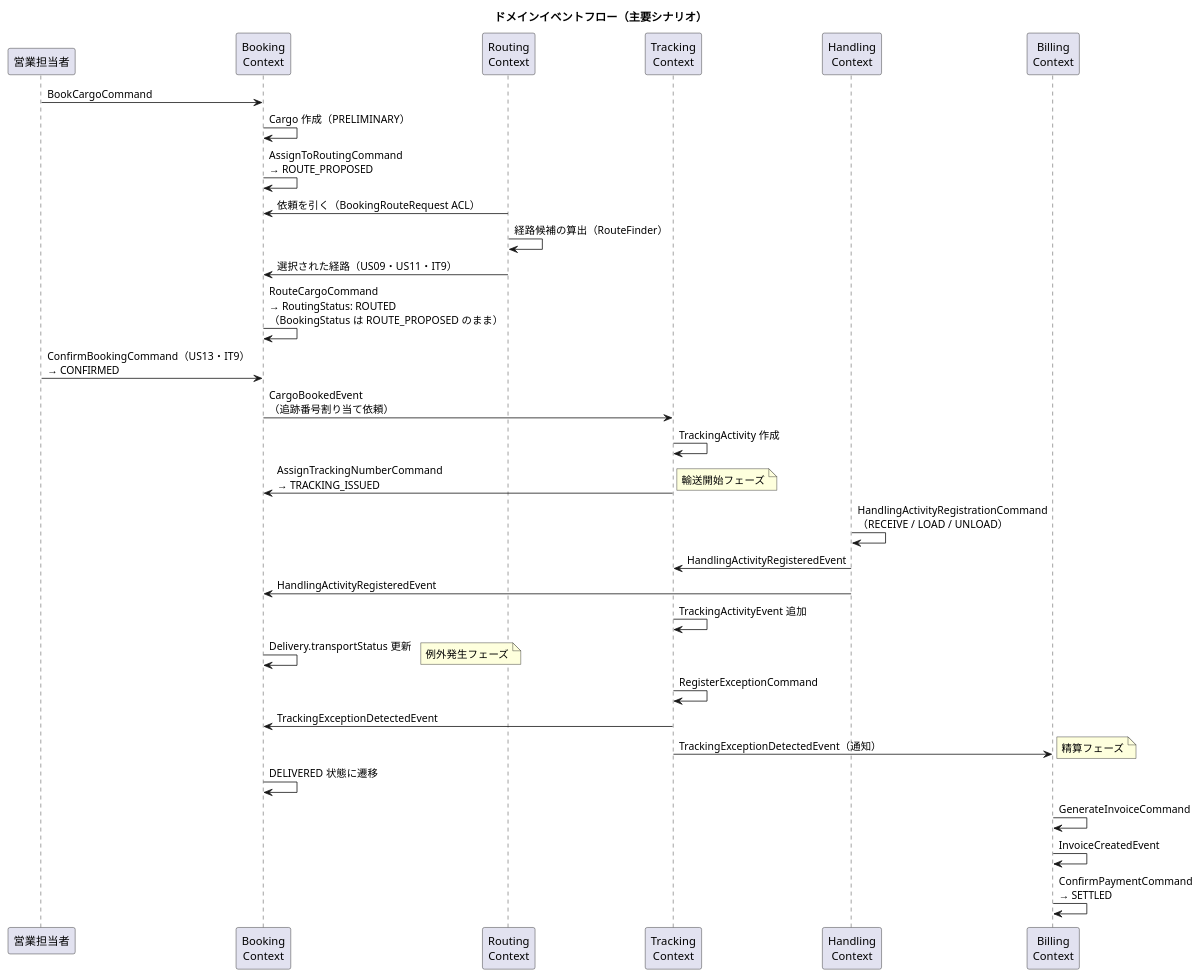
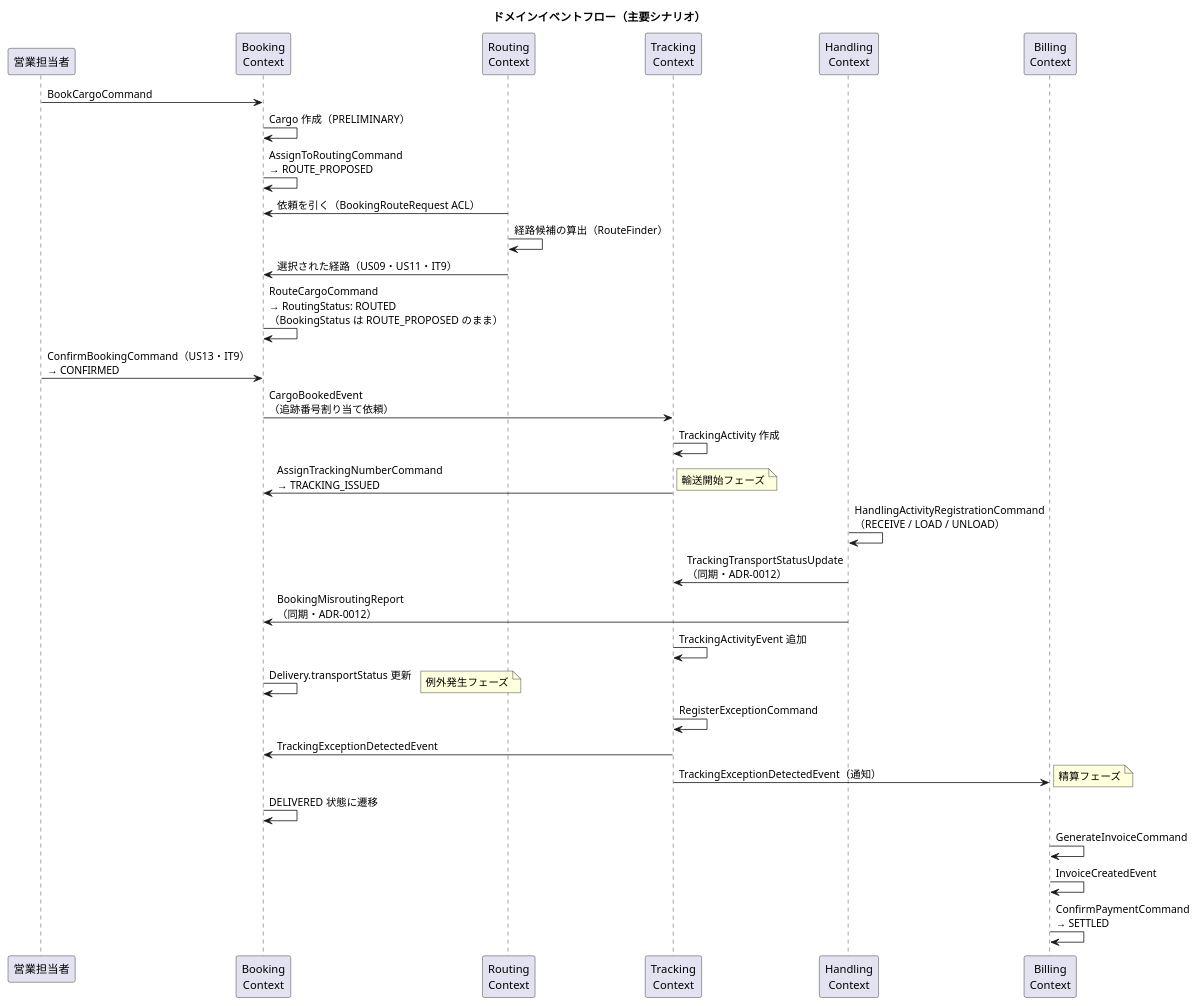
Before and after one commit to k2works/case-study-cargo-tracker: diagram 11 of 11 in docs/design/domain-model.md, drawn with PlantUML. The commit also changed other lines of this file and 5 other files, not shown here.

````diff
--- a/docs/design/domain-model.md
+++ b/docs/design/domain-model.md
@@ -1220,46 +1221,46 @@
 ```plantuml
 @startuml
 title ドメインイベントフロー（主要シナリオ）
 
 participant "営業担当者" as sales
 participant "Booking\nContext" as booking
 participant "Routing\nContext" as routing
 participant "Tracking\nContext" as tracking
 participant "Handling\nContext" as handling
 participant "Billing\nContext" as billing
 
 sales -> booking : BookCargoCommand
 booking -> booking : Cargo 作成（PRELIMINARY）
 booking -> booking : AssignToRoutingCommand\n→ ROUTE_PROPOSED
 routing -> booking : 依頼を引く（BookingRouteRequest ACL）
 routing -> routing : 経路候補の算出（RouteFinder）
 routing -> booking : 選択された経路（US09・US11・IT9）
 booking -> booking : RouteCargoCommand\n→ RoutingStatus: ROUTED\n（BookingStatus は ROUTE_PROPOSED のまま）
 sales -> booking : ConfirmBookingCommand（US13・IT9）\n→ CONFIRMED
 booking -> tracking : CargoBookedEvent\n（追跡番号割り当て依頼）
 tracking -> tracking : TrackingActivity 作成
 tracking -> booking : AssignTrackingNumberCommand\n→ TRACKING_ISSUED
 
 note right : 輸送開始フェーズ
 
 handling -> handling : HandlingActivityRegistrationCommand\n（RECEIVE / LOAD / UNLOAD）
-handling -> tracking : HandlingActivityRegisteredEvent
-handling -> booking : HandlingActivityRegisteredEvent
+handling -> tracking : TrackingTransportStatusUpdate\n（同期・ADR-0012）
+handling -> booking : BookingMisroutingReport\n（同期・ADR-0012）
 tracking -> tracking : TrackingActivityEvent 追加
 booking -> booking : Delivery.transportStatus 更新
 
 note right : 例外発生フェーズ
 
 tracking -> tracking : RegisterExceptionCommand
 tracking -> booking : TrackingExceptionDetectedEvent
 tracking -> billing : TrackingExceptionDetectedEvent（通知）
 
 note right : 精算フェーズ
 
 booking -> booking : DELIVERED 状態に遷移
 billing -> billing : GenerateInvoiceCommand
 billing -> billing : InvoiceCreatedEvent
 billing -> billing : ConfirmPaymentCommand\n→ SETTLED
 
 @enduml
 ```
````
